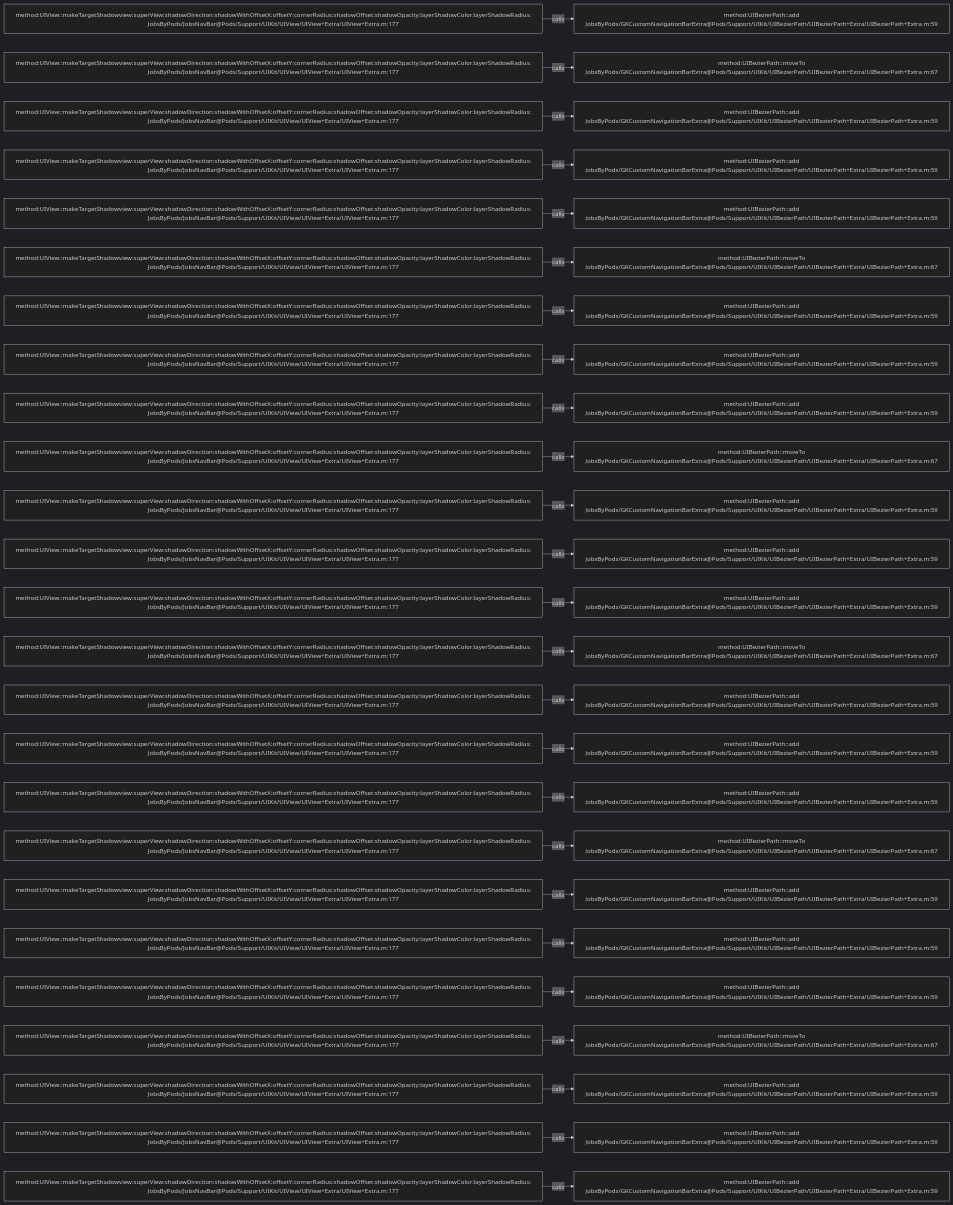
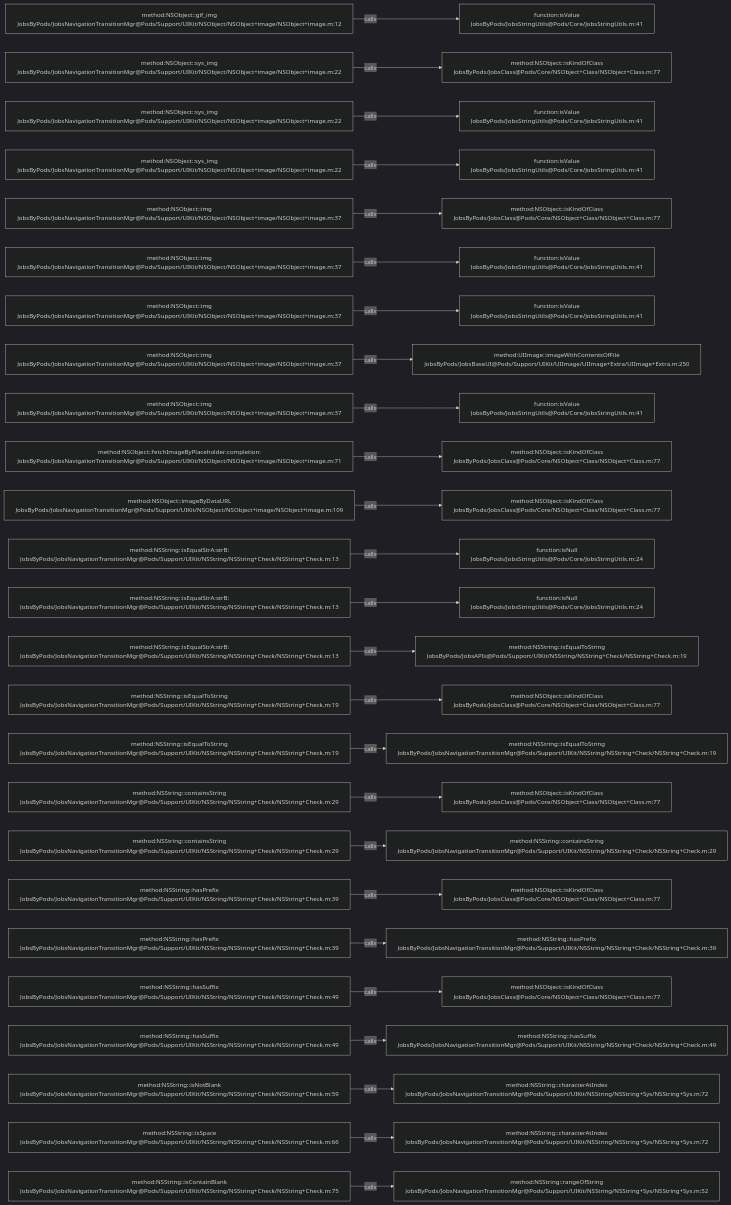
Before and after one commit to JobsKits/JobsOCBaseConfigDemo: the diagram in .codegraph/codegraph.md/graphs/calls-125.md, drawn with Mermaid (dark theme). The commit also changed 639 other files, not shown here.

````diff
--- a/.codegraph/codegraph.md/graphs/calls-125.md
+++ b/.codegraph/codegraph.md/graphs/calls-125.md
@@ -13,78 +13,78 @@
 ```mermaid
 flowchart LR
-  S1["method:UIView::makeTargetShadowview:superView:shadowDirection:shadowWithOffsetX:offsetY:cornerRadius:shadowOffset:shadowOpacity:layerShadowColor:layerShadowRadius:<br/>JobsByPods/JobsNavBar@Pods/Support/UIKit/UIView/UIView+Extra/UIView+Extra.m:177"]
-  T1["method:UIBezierPath::add<br/>JobsByPods/GKCustomNavigationBarExtra@Pods/Support/UIKit/UIBezierPath/UIBezierPath+Extra/UIBezierPath+Extra.m:59"]
+  S1["method:NSObject::gif_img<br/>JobsByPods/JobsNavigationTransitionMgr@Pods/Support/UIKit/NSObject/NSObject+image/NSObject+image.m:12"]
+  T1["function:isValue<br/>JobsByPods/JobsStringUtils@Pods/Core/JobsStringUtils.m:41"]
   S1 -->|calls| T1
-  S2["method:UIView::makeTargetShadowview:superView:shadowDirection:shadowWithOffsetX:offsetY:cornerRadius:shadowOffset:shadowOpacity:layerShadowColor:layerShadowRadius:<br/>JobsByPods/JobsNavBar@Pods/Support/UIKit/UIView/UIView+Extra/UIView+Extra.m:177"]
-  T2["method:UIBezierPath::moveTo<br/>JobsByPods/GKCustomNavigationBarExtra@Pods/Support/UIKit/UIBezierPath/UIBezierPath+Extra/UIBezierPath+Extra.m:67"]
+  S2["method:NSObject::sys_img<br/>JobsByPods/JobsNavigationTransitionMgr@Pods/Support/UIKit/NSObject/NSObject+image/NSObject+image.m:22"]
+  T2["method:NSObject::isKindOfClass<br/>JobsByPods/JobsClass@Pods/Core/NSObject+Class/NSObject+Class.m:77"]
   S2 -->|calls| T2
-  S3["method:UIView::makeTargetShadowview:superView:shadowDirection:shadowWithOffsetX:offsetY:cornerRadius:shadowOffset:shadowOpacity:layerShadowColor:layerShadowRadius:<br/>JobsByPods/JobsNavBar@Pods/Support/UIKit/UIView/UIView+Extra/UIView+Extra.m:177"]
-  T3["method:UIBezierPath::add<br/>JobsByPods/GKCustomNavigationBarExtra@Pods/Support/UIKit/UIBezierPath/UIBezierPath+Extra/UIBezierPath+Extra.m:59"]
+  S3["method:NSObject::sys_img<br/>JobsByPods/JobsNavigationTransitionMgr@Pods/Support/UIKit/NSObject/NSObject+image/NSObject+image.m:22"]
+  T3["function:isValue<br/>JobsByPods/JobsStringUtils@Pods/Core/JobsStringUtils.m:41"]
   S3 -->|calls| T3
-  S4["method:UIView::makeTargetShadowview:superView:shadowDirection:shadowWithOffsetX:offsetY:cornerRadius:shadowOffset:shadowOpacity:layerShadowColor:layerShadowRadius:<br/>JobsByPods/JobsNavBar@Pods/Support/UIKit/UIView/UIView+Extra/UIView+Extra.m:177"]
-  T4["method:UIBezierPath::add<br/>JobsByPods/GKCustomNavigationBarExtra@Pods/Support/UIKit/UIBezierPath/UIBezierPath+Extra/UIBezierPath+Extra.m:59"]
+  S4["method:NSObject::sys_img<br/>JobsByPods/JobsNavigationTransitionMgr@Pods/Support/UIKit/NSObject/NSObject+image/NSObject+image.m:22"]
+  T4["function:isValue<br/>JobsByPods/JobsStringUtils@Pods/Core/JobsStringUtils.m:41"]
   S4 -->|calls| T4
-  S5["method:UIView::makeTargetShadowview:superView:shadowDirection:shadowWithOffsetX:offsetY:cornerRadius:shadowOffset:shadowOpacity:layerShadowColor:layerShadowRadius:<br/>JobsByPods/JobsNavBar@Pods/Support/UIKit/UIView/UIView+Extra/UIView+Extra.m:177"]
-  T5["method:UIBezierPath::add<br/>JobsByPods/GKCustomNavigationBarExtra@Pods/Support/UIKit/UIBezierPath/UIBezierPath+Extra/UIBezierPath+Extra.m:59"]
+  S5["method:NSObject::img<br/>JobsByPods/JobsNavigationTransitionMgr@Pods/Support/UIKit/NSObject/NSObject+image/NSObject+image.m:37"]
+  T5["method:NSObject::isKindOfClass<br/>JobsByPods/JobsClass@Pods/Core/NSObject+Class/NSObject+Class.m:77"]
   S5 -->|calls| T5
-  S6["method:UIView::makeTargetShadowview:superView:shadowDirection:shadowWithOffsetX:offsetY:cornerRadius:shadowOffset:shadowOpacity:layerShadowColor:layerShadowRadius:<br/>JobsByPods/JobsNavBar@Pods/Support/UIKit/UIView/UIView+Extra/UIView+Extra.m:177"]
-  T6["method:UIBezierPath::moveTo<br/>JobsByPods/GKCustomNavigationBarExtra@Pods/Support/UIKit/UIBezierPath/UIBezierPath+Extra/UIBezierPath+Extra.m:67"]
+  S6["method:NSObject::img<br/>JobsByPods/JobsNavigationTransitionMgr@Pods/Support/UIKit/NSObject/NSObject+image/NSObject+image.m:37"]
+  T6["function:isValue<br/>JobsByPods/JobsStringUtils@Pods/Core/JobsStringUtils.m:41"]
   S6 -->|calls| T6
-  S7["method:UIView::makeTargetShadowview:superView:shadowDirection:shadowWithOffsetX:offsetY:cornerRadius:shadowOffset:shadowOpacity:layerShadowColor:layerShadowRadius:<br/>JobsByPods/JobsNavBar@Pods/Support/UIKit/UIView/UIView+Extra/UIView+Extra.m:177"]
-  T7["method:UIBezierPath::add<br/>JobsByPods/GKCustomNavigationBarExtra@Pods/Support/UIKit/UIBezierPath/UIBezierPath+Extra/UIBezierPath+Extra.m:59"]
+  S7["method:NSObject::img<br/>JobsByPods/JobsNavigationTransitionMgr@Pods/Support/UIKit/NSObject/NSObject+image/NSObject+image.m:37"]
+  T7["function:isValue<br/>JobsByPods/JobsStringUtils@Pods/Core/JobsStringUtils.m:41"]
   S7 -->|calls| T7
-  S8["method:UIView::makeTargetShadowview:superView:shadowDirection:shadowWithOffsetX:offsetY:cornerRadius:shadowOffset:shadowOpacity:layerShadowColor:layerShadowRadius:<br/>JobsByPods/JobsNavBar@Pods/Support/UIKit/UIView/UIView+Extra/UIView+Extra.m:177"]
-  T8["method:UIBezierPath::add<br/>JobsByPods/GKCustomNavigationBarExtra@Pods/Support/UIKit/UIBezierPath/UIBezierPath+Extra/UIBezierPath+Extra.m:59"]
+  S8["method:NSObject::img<br/>JobsByPods/JobsNavigationTransitionMgr@Pods/Support/UIKit/NSObject/NSObject+image/NSObject+image.m:37"]
+  T8["method:UIImage::imageWithContentsOfFile<br/>JobsByPods/JobsBaseUI@Pods/Support/UIKit/UIImage/UIImage+Extra/UIImage+Extra.m:250"]
   S8 -->|calls| T8
-  S9["method:UIView::makeTargetShadowview:superView:shadowDirection:shadowWithOffsetX:offsetY:cornerRadius:shadowOffset:shadowOpacity:layerShadowColor:layerShadowRadius:<br/>JobsByPods/JobsNavBar@Pods/Support/UIKit/UIView/UIView+Extra/UIView+Extra.m:177"]
-  T9["method:UIBezierPath::add<br/>JobsByPods/GKCustomNavigationBarExtra@Pods/Support/UIKit/UIBezierPath/UIBezierPath+Extra/UIBezierPath+Extra.m:59"]
+  S9["method:NSObject::img<br/>JobsByPods/JobsNavigationTransitionMgr@Pods/Support/UIKit/NSObject/NSObject+image/NSObject+image.m:37"]
+  T9["function:isValue<br/>JobsByPods/JobsStringUtils@Pods/Core/JobsStringUtils.m:41"]
   S9 -->|calls| T9
-  S10["method:UIView::makeTargetShadowview:superView:shadowDirection:shadowWithOffsetX:offsetY:cornerRadius:shadowOffset:shadowOpacity:layerShadowColor:layerShadowRadius:<br/>JobsByPods/JobsNavBar@Pods/Support/UIKit/UIView/UIView+Extra/UIView+Extra.m:177"]
-  T10["method:UIBezierPath::moveTo<br/>JobsByPods/GKCustomNavigationBarExtra@Pods/Support/UIKit/UIBezierPath/UIBezierPath+Extra/UIBezierPath+Extra.m:67"]
+  S10["method:NSObject::fetchImageByPlaceholder:completion:<br/>JobsByPods/JobsNavigationTransitionMgr@Pods/Support/UIKit/NSObject/NSObject+image/NSObject+image.m:71"]
+  T10["method:NSObject::isKindOfClass<br/>JobsByPods/JobsClass@Pods/Core/NSObject+Class/NSObject+Class.m:77"]
   S10 -->|calls| T10
-  S11["method:UIView::makeTargetShadowview:superView:shadowDirection:shadowWithOffsetX:offsetY:cornerRadius:shadowOffset:shadowOpacity:layerShadowColor:layerShadowRadius:<br/>JobsByPods/JobsNavBar@Pods/Support/UIKit/UIView/UIView+Extra/UIView+Extra.m:177"]
-  T11["method:UIBezierPath::add<br/>JobsByPods/GKCustomNavigationBarExtra@Pods/Support/UIKit/UIBezierPath/UIBezierPath+Extra/UIBezierPath+Extra.m:59"]
+  S11["method:NSObject::imageByDataURL<br/>JobsByPods/JobsNavigationTransitionMgr@Pods/Support/UIKit/NSObject/NSObject+image/NSObject+image.m:109"]
+  T11["method:NSObject::isKindOfClass<br/>JobsByPods/JobsClass@Pods/Core/NSObject+Class/NSObject+Class.m:77"]
   S11 -->|calls| T11
-  S12["method:UIView::makeTargetShadowview:superView:shadowDirection:shadowWithOffsetX:offsetY:cornerRadius:shadowOffset:shadowOpacity:layerShadowColor:layerShadowRadius:<br/>JobsByPods/JobsNavBar@Pods/Support/UIKit/UIView/UIView+Extra/UIView+Extra.m:177"]
-  T12["method:UIBezierPath::add<br/>JobsByPods/GKCustomNavigationBarExtra@Pods/Support/UIKit/UIBezierPath/UIBezierPath+Extra/UIBezierPath+Extra.m:59"]
+  S12["method:NSString::isEqualStrA:strB:<br/>JobsByPods/JobsNavigationTransitionMgr@Pods/Support/UIKit/NSString/NSString+Check/NSString+Check.m:13"]
+  T12["function:isNull<br/>JobsByPods/JobsStringUtils@Pods/Core/JobsStringUtils.m:24"]
   S12 -->|calls| T12
-  S13["method:UIView::makeTargetShadowview:superView:shadowDirection:shadowWithOffsetX:offsetY:cornerRadius:shadowOffset:shadowOpacity:layerShadowColor:layerShadowRadius:<br/>JobsByPods/JobsNavBar@Pods/Support/UIKit/UIView/UIView+Extra/UIView+Extra.m:177"]
-  T13["method:UIBezierPath::add<br/>JobsByPods/GKCustomNavigationBarExtra@Pods/Support/UIKit/UIBezierPath/UIBezierPath+Extra/UIBezierPath+Extra.m:59"]
+  S13["method:NSString::isEqualStrA:strB:<br/>JobsByPods/JobsNavigationTransitionMgr@Pods/Support/UIKit/NSString/NSString+Check/NSString+Check.m:13"]
+  T13["function:isNull<br/>JobsByPods/JobsStringUtils@Pods/Core/JobsStringUtils.m:24"]
   S13 -->|calls| T13
-  S14["method:UIView::makeTargetShadowview:superView:shadowDirection:shadowWithOffsetX:offsetY:cornerRadius:shadowOffset:shadowOpacity:layerShadowColor:layerShadowRadius:<br/>JobsByPods/JobsNavBar@Pods/Support/UIKit/UIView/UIView+Extra/UIView+Extra.m:177"]
-  T14["method:UIBezierPath::moveTo<br/>JobsByPods/GKCustomNavigationBarExtra@Pods/Support/UIKit/UIBezierPath/UIBezierPath+Extra/UIBezierPath+Extra.m:67"]
+  S14["method:NSString::isEqualStrA:strB:<br/>JobsByPods/JobsNavigationTransitionMgr@Pods/Support/UIKit/NSString/NSString+Check/NSString+Check.m:13"]
+  T14["method:NSString::isEqualToString<br/>JobsByPods/JobsAPIs@Pods/Support/UIKit/NSString/NSString+Check/NSString+Check.m:19"]
   S14 -->|calls| T14
-  S15["method:UIView::makeTargetShadowview:superView:shadowDirection:shadowWithOffsetX:offsetY:cornerRadius:shadowOffset:shadowOpacity:layerShadowColor:layerShadowRadius:<br/>JobsByPods/JobsNavBar@Pods/Support/UIKit/UIView/UIView+Extra/UIView+Extra.m:177"]
-  T15["method:UIBezierPath::add<br/>JobsByPods/GKCustomNavigationBarExtra@Pods/Support/UIKit/UIBezierPath/UIBezierPath+Extra/UIBezierPath+Extra.m:59"]
+  S15["method:NSString::isEqualToString<br/>JobsByPods/JobsNavigationTransitionMgr@Pods/Support/UIKit/NSString/NSString+Check/NSString+Check.m:19"]
+  T15["method:NSObject::isKindOfClass<br/>JobsByPods/JobsClass@Pods/Core/NSObject+Class/NSObject+Class.m:77"]
   S15 -->|calls| T15
-  S16["method:UIView::makeTargetShadowview:superView:shadowDirection:shadowWithOffsetX:offsetY:cornerRadius:shadowOffset:shadowOpacity:layerShadowColor:layerShadowRadius:<br/>JobsByPods/JobsNavBar@Pods/Support/UIKit/UIView/UIView+Extra/UIView+Extra.m:177"]
-  T16["method:UIBezierPath::add<br/>JobsByPods/GKCustomNavigationBarExtra@Pods/Support/UIKit/UIBezierPath/UIBezierPath+Extra/UIBezierPath+Extra.m:59"]
+  S16["method:NSString::isEqualToString<br/>JobsByPods/JobsNavigationTransitionMgr@Pods/Support/UIKit/NSString/NSString+Check/NSString+Check.m:19"]
+  T16["method:NSString::isEqualToString<br/>JobsByPods/JobsNavigationTransitionMgr@Pods/Support/UIKit/NSString/NSString+Check/NSString+Check.m:19"]
   S16 -->|calls| T16
-  S17["method:UIView::makeTargetShadowview:superView:shadowDirection:shadowWithOffsetX:offsetY:cornerRadius:shadowOffset:shadowOpacity:layerShadowColor:layerShadowRadius:<br/>JobsByPods/JobsNavBar@Pods/Support/UIKit/UIView/UIView+Extra/UIView+Extra.m:177"]
-  T17["method:UIBezierPath::add<br/>JobsByPods/GKCustomNavigationBarExtra@Pods/Support/UIKit/UIBezierPath/UIBezierPath+Extra/UIBezierPath+Extra.m:59"]
+  S17["method:NSString::containsString<br/>JobsByPods/JobsNavigationTransitionMgr@Pods/Support/UIKit/NSString/NSString+Check/NSString+Check.m:29"]
+  T17["method:NSObject::isKindOfClass<br/>JobsByPods/JobsClass@Pods/Core/NSObject+Class/NSObject+Class.m:77"]
   S17 -->|calls| T17
-  S18["method:UIView::makeTargetShadowview:superView:shadowDirection:shadowWithOffsetX:offsetY:cornerRadius:shadowOffset:shadowOpacity:layerShadowColor:layerShadowRadius:<br/>JobsByPods/JobsNavBar@Pods/Support/UIKit/UIView/UIView+Extra/UIView+Extra.m:177"]
-  T18["method:UIBezierPath::moveTo<br/>JobsByPods/GKCustomNavigationBarExtra@Pods/Support/UIKit/UIBezierPath/UIBezierPath+Extra/UIBezierPath+Extra.m:67"]
+  S18["method:NSString::containsString<br/>JobsByPods/JobsNavigationTransitionMgr@Pods/Support/UIKit/NSString/NSString+Check/NSString+Check.m:29"]
+  T18["method:NSString::containsString<br/>JobsByPods/JobsNavigationTransitionMgr@Pods/Support/UIKit/NSString/NSString+Check/NSString+Check.m:29"]
   S18 -->|calls| T18
-  S19["method:UIView::makeTargetShadowview:superView:shadowDirection:shadowWithOffsetX:offsetY:cornerRadius:shadowOffset:shadowOpacity:layerShadowColor:layerShadowRadius:<br/>JobsByPods/JobsNavBar@Pods/Support/UIKit/UIView/UIView+Extra/UIView+Extra.m:177"]
-  T19["method:UIBezierPath::add<br/>JobsByPods/GKCustomNavigationBarExtra@Pods/Support/UIKit/UIBezierPath/UIBezierPath+Extra/UIBezierPath+Extra.m:59"]
+  S19["method:NSString::hasPrefix<br/>JobsByPods/JobsNavigationTransitionMgr@Pods/Support/UIKit/NSString/NSString+Check/NSString+Check.m:39"]
+  T19["method:NSObject::isKindOfClass<br/>JobsByPods/JobsClass@Pods/Core/NSObject+Class/NSObject+Class.m:77"]
   S19 -->|calls| T19
-  S20["method:UIView::makeTargetShadowview:superView:shadowDirection:shadowWithOffsetX:offsetY:cornerRadius:shadowOffset:shadowOpacity:layerShadowColor:layerShadowRadius:<br/>JobsByPods/JobsNavBar@Pods/Support/UIKit/UIView/UIView+Extra/UIView+Extra.m:177"]
-  T20["method:UIBezierPath::add<br/>JobsByPods/GKCustomNavigationBarExtra@Pods/Support/UIKit/UIBezierPath/UIBezierPath+Extra/UIBezierPath+Extra.m:59"]
+  S20["method:NSString::hasPrefix<br/>JobsByPods/JobsNavigationTransitionMgr@Pods/Support/UIKit/NSString/NSString+Check/NSString+Check.m:39"]
+  T20["method:NSString::hasPrefix<br/>JobsByPods/JobsNavigationTransitionMgr@Pods/Support/UIKit/NSString/NSString+Check/NSString+Check.m:39"]
   S20 -->|calls| T20
-  S21["method:UIView::makeTargetShadowview:superView:shadowDirection:shadowWithOffsetX:offsetY:cornerRadius:shadowOffset:shadowOpacity:layerShadowColor:layerShadowRadius:<br/>JobsByPods/JobsNavBar@Pods/Support/UIKit/UIView/UIView+Extra/UIView+Extra.m:177"]
-  T21["method:UIBezierPath::add<br/>JobsByPods/GKCustomNavigationBarExtra@Pods/Support/UIKit/UIBezierPath/UIBezierPath+Extra/UIBezierPath+Extra.m:59"]
+  S21["method:NSString::hasSuffix<br/>JobsByPods/JobsNavigationTransitionMgr@Pods/Support/UIKit/NSString/NSString+Check/NSString+Check.m:49"]
+  T21["method:NSObject::isKindOfClass<br/>JobsByPods/JobsClass@Pods/Core/NSObject+Class/NSObject+Class.m:77"]
   S21 -->|calls| T21
-  S22["method:UIView::makeTargetShadowview:superView:shadowDirection:shadowWithOffsetX:offsetY:cornerRadius:shadowOffset:shadowOpacity:layerShadowColor:layerShadowRadius:<br/>JobsByPods/JobsNavBar@Pods/Support/UIKit/UIView/UIView+Extra/UIView+Extra.m:177"]
-  T22["method:UIBezierPath::moveTo<br/>JobsByPods/GKCustomNavigationBarExtra@Pods/Support/UIKit/UIBezierPath/UIBezierPath+Extra/UIBezierPath+Extra.m:67"]
+  S22["method:NSString::hasSuffix<br/>JobsByPods/JobsNavigationTransitionMgr@Pods/Support/UIKit/NSString/NSString+Check/NSString+Check.m:49"]
+  T22["method:NSString::hasSuffix<br/>JobsByPods/JobsNavigationTransitionMgr@Pods/Support/UIKit/NSString/NSString+Check/NSString+Check.m:49"]
   S22 -->|calls| T22
-  S23["method:UIView::makeTargetShadowview:superView:shadowDirection:shadowWithOffsetX:offsetY:cornerRadius:shadowOffset:shadowOpacity:layerShadowColor:layerShadowRadius:<br/>JobsByPods/JobsNavBar@Pods/Support/UIKit/UIView/UIView+Extra/UIView+Extra.m:177"]
-  T23["method:UIBezierPath::add<br/>JobsByPods/GKCustomNavigationBarExtra@Pods/Support/UIKit/UIBezierPath/UIBezierPath+Extra/UIBezierPath+Extra.m:59"]
+  S23["method:NSString::isNotBlank<br/>JobsByPods/JobsNavigationTransitionMgr@Pods/Support/UIKit/NSString/NSString+Check/NSString+Check.m:59"]
+  T23["method:NSString::characterAtIndex<br/>JobsByPods/JobsNavigationTransitionMgr@Pods/Support/UIKit/NSString/NSString+Sys/NSString+Sys.m:72"]
   S23 -->|calls| T23
-  S24["method:UIView::makeTargetShadowview:superView:shadowDirection:shadowWithOffsetX:offsetY:cornerRadius:shadowOffset:shadowOpacity:layerShadowColor:layerShadowRadius:<br/>JobsByPods/JobsNavBar@Pods/Support/UIKit/UIView/UIView+Extra/UIView+Extra.m:177"]
-  T24["method:UIBezierPath::add<br/>JobsByPods/GKCustomNavigationBarExtra@Pods/Support/UIKit/UIBezierPath/UIBezierPath+Extra/UIBezierPath+Extra.m:59"]
+  S24["method:NSString::isSpace<br/>JobsByPods/JobsNavigationTransitionMgr@Pods/Support/UIKit/NSString/NSString+Check/NSString+Check.m:66"]
+  T24["method:NSString::characterAtIndex<br/>JobsByPods/JobsNavigationTransitionMgr@Pods/Support/UIKit/NSString/NSString+Sys/NSString+Sys.m:72"]
   S24 -->|calls| T24
-  S25["method:UIView::makeTargetShadowview:superView:shadowDirection:shadowWithOffsetX:offsetY:cornerRadius:shadowOffset:shadowOpacity:layerShadowColor:layerShadowRadius:<br/>JobsByPods/JobsNavBar@Pods/Support/UIKit/UIView/UIView+Extra/UIView+Extra.m:177"]
-  T25["method:UIBezierPath::add<br/>JobsByPods/GKCustomNavigationBarExtra@Pods/Support/UIKit/UIBezierPath/UIBezierPath+Extra/UIBezierPath+Extra.m:59"]
+  S25["method:NSString::isContainBlank<br/>JobsByPods/JobsNavigationTransitionMgr@Pods/Support/UIKit/NSString/NSString+Check/NSString+Check.m:75"]
+  T25["method:NSString::rangeOfString<br/>JobsByPods/JobsNavigationTransitionMgr@Pods/Support/UIKit/NSString/NSString+Sys/NSString+Sys.m:52"]
   S25 -->|calls| T25
 ```
````
